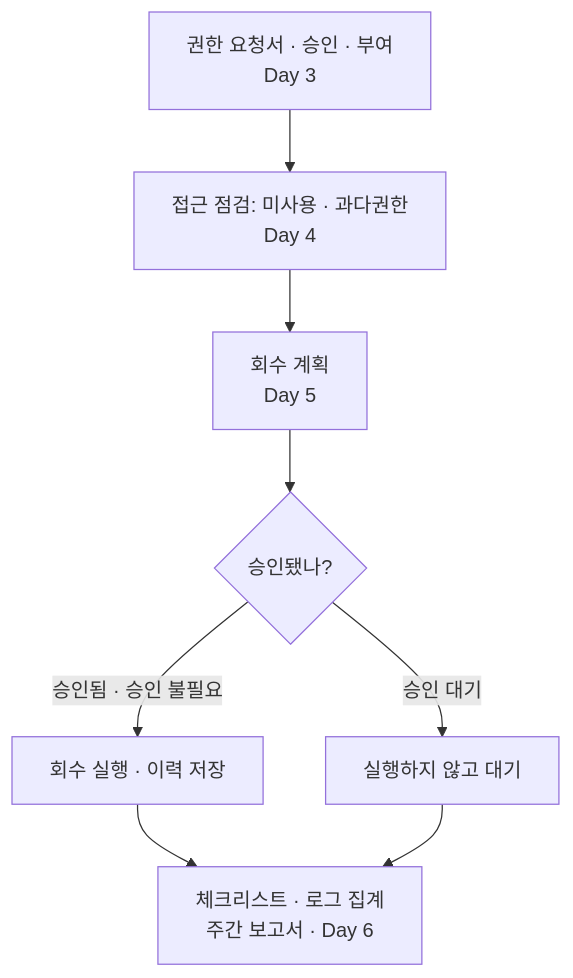
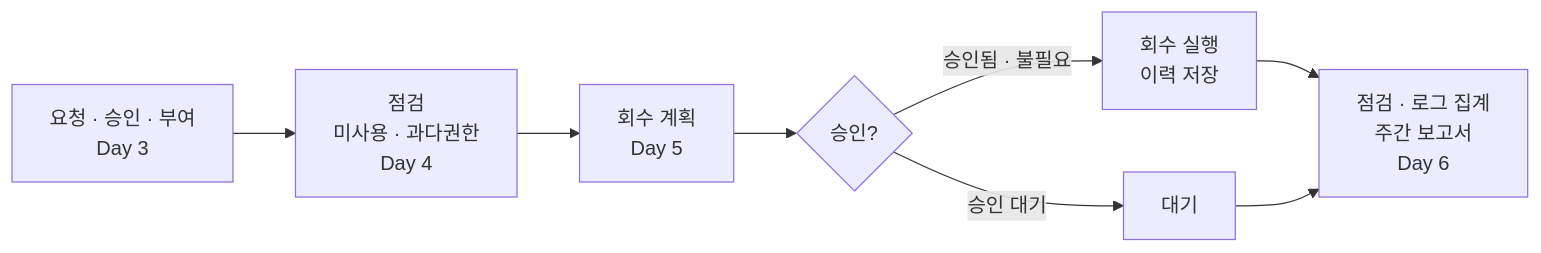
Before and after one commit to mdkk0220/security-agent-toolkit: the fourth of 4 diagrams in Readme.md, drawn with Mermaid. The commit also changed other lines of this file, not shown here.

````diff
--- a/Readme.md
+++ b/Readme.md
@@ -161,10 +161,10 @@
 ```mermaid
-flowchart TB
-    A["권한 요청서 · 승인 · 부여<br/>Day 3"] --> C["접근 점검: 미사용 · 과다권한<br/>Day 4"]
+flowchart LR
+    A["요청 · 승인 · 부여<br/>Day 3"] --> C["점검<br/>미사용 · 과다권한<br/>Day 4"]
     C --> D["회수 계획<br/>Day 5"]
-    D --> E{"승인됐나?"}
-    E -- "승인 대기" --> W["실행하지 않고 대기"]
-    E -- "승인됨 · 승인 불필요" --> F["회수 실행 · 이력 저장"]
-    F --> H["체크리스트 · 로그 집계<br/>주간 보고서 · Day 6"]
+    D --> E{"승인?"}
+    E -- 승인 대기 --> W["대기"]
+    E -- "승인됨 · 불필요" --> F["회수 실행<br/>이력 저장"]
+    F --> H["점검 · 로그 집계<br/>주간 보고서<br/>Day 6"]
     W --> H
 ```
````
